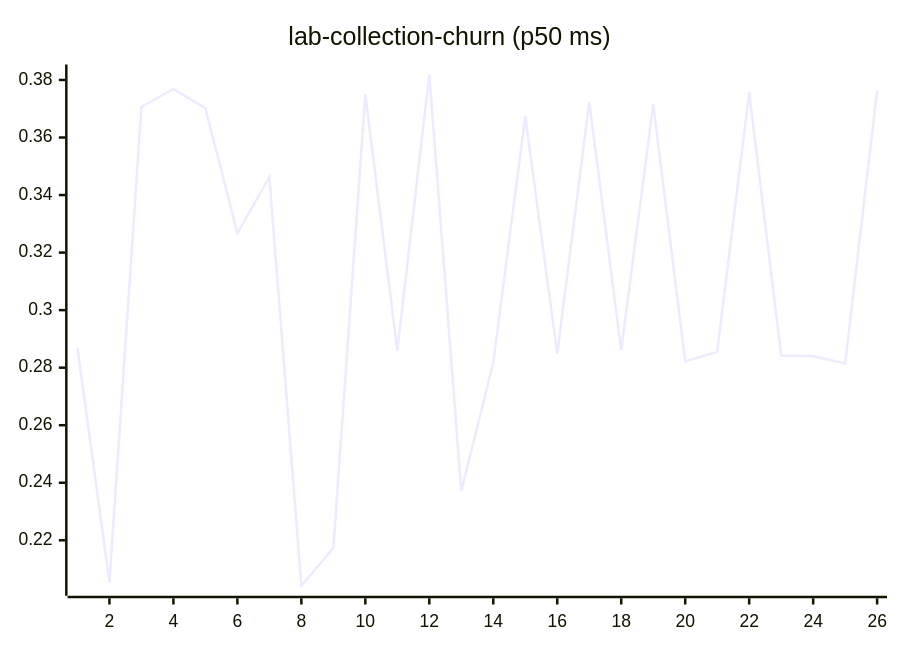
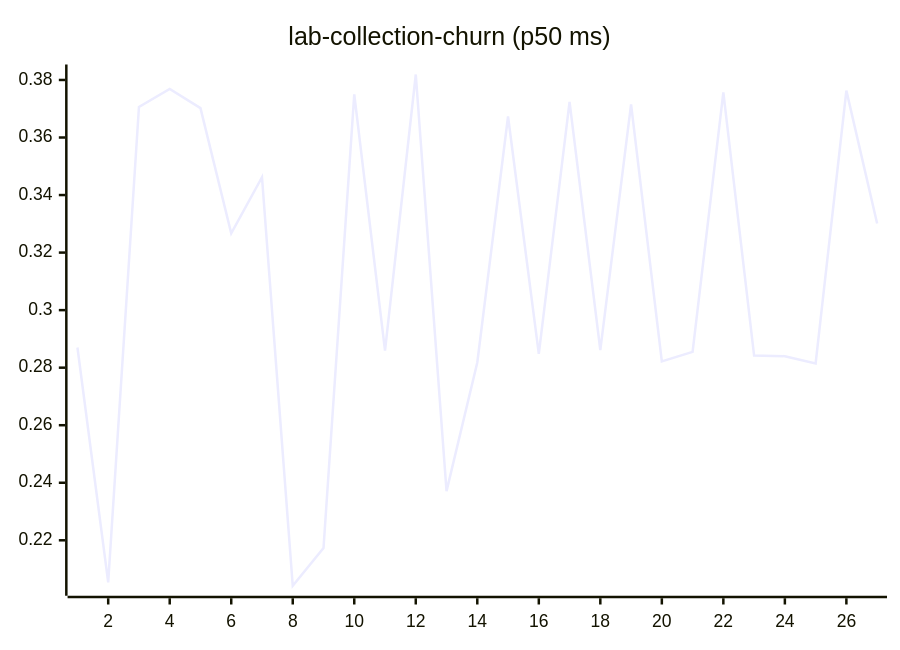
One commit to josha/Facet changed diagram 11 of 27 in README.md. Above: the diagram before and after it, drawn with Mermaid. The commit also changed other lines of this file and 2 other files, not shown here.

````diff
--- a/README.md
+++ b/README.md
@@ -133,6 +133,6 @@
 ```mermaid
 xychart-beta
     title "lab-collection-churn (p50 ms)"
-    x-axis 1 --> 26
-    line [0.2870, 0.2054, 0.3706, 0.3769, 0.3702, 0.3267, 0.3462, 0.2042, 0.2173, 0.3750, 0.2859, 0.3819, 0.2371, 0.2818, 0.3673, 0.2848, 0.3724, 0.2861, 0.3715, 0.2822, 0.2855, 0.3757, 0.2842, 0.2840, 0.2815, 0.3763]
+    x-axis 1 --> 27
+    line [0.2870, 0.2054, 0.3706, 0.3769, 0.3702, 0.3267, 0.3462, 0.2042, 0.2173, 0.3750, 0.2859, 0.3819, 0.2371, 0.2818, 0.3673, 0.2848, 0.3724, 0.2861, 0.3715, 0.2822, 0.2855, 0.3757, 0.2842, 0.2840, 0.2815, 0.3763, 0.3301]
 ```
````
